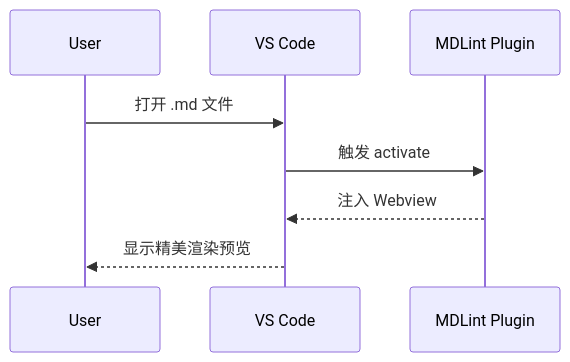
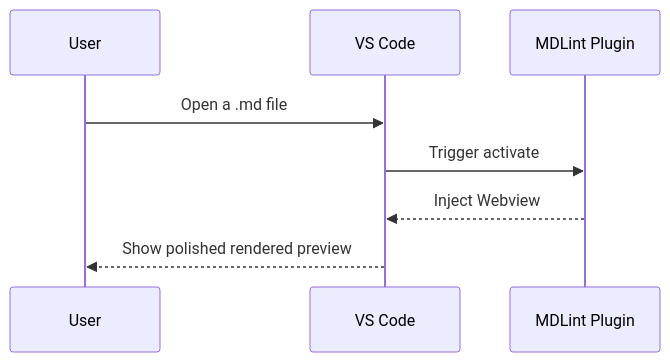
The second of 2 diagrams in test/comprehensive-test.md (hy-shine/vscode-markdown-lint), drawn with Mermaid before and after one commit. The commit also changed other lines of this file, not shown here.

First line of the commit message:
test(preview): expand regression fixture

````diff
--- a/test/comprehensive-test.md
+++ b/test/comprehensive-test.md
@@ -19,11 +24,11 @@
 ```mermaid
 sequenceDiagram
     participant User
     participant Vscode as VS Code
     participant Plugin as MDLint Plugin
 
-    User->>Vscode: 打开 .md 文件
-    Vscode->>Plugin: 触发 activate
-    Plugin-->>Vscode: 注入 Webview
-    Vscode-->>User: 显示精美渲染预览
+    User->>Vscode: Open a .md file
+    Vscode->>Plugin: Trigger activate
+    Plugin-->>Vscode: Inject Webview
+    Vscode-->>User: Show polished rendered preview
 ```
````
